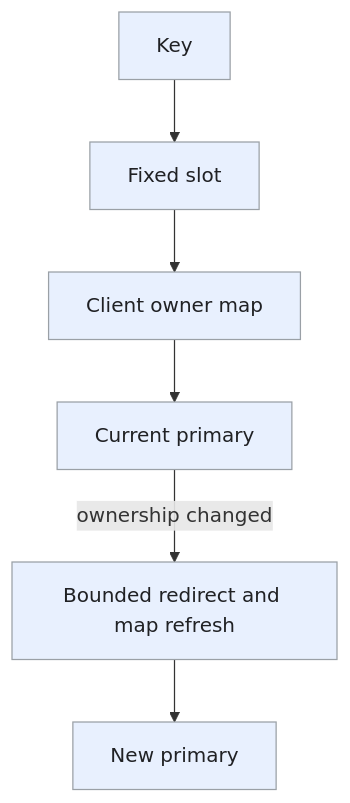
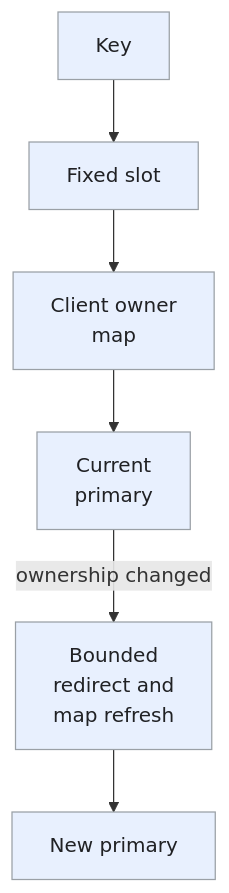
The fourth of 6 diagrams in _designs/system-design-distributed-cache.md (iliazlobin/iliazlobin.github.io), drawn with Mermaid before and after one commit. The commit also changed other lines of this file and 116 other files, not shown here.

````diff
--- a/_designs/system-design-distributed-cache.md
+++ b/_designs/system-design-distributed-cache.md
@@ -203,12 +243,12 @@
 ```mermaid
 flowchart TB
     K["Key"] --> H["Fixed slot"]
-    H --> M["Client owner map"]
-    M --> P["Current primary"]
-    P -->|ownership changed| R["Bounded redirect and map refresh"]
+    H --> M["Client owner<br>map"]
+    M --> P["Current<br>primary"]
+    P -->|ownership changed| R["Bounded<br>redirect and<br>map refresh"]
     R --> N["New primary"]
   classDef request fill:#e8f0fe,stroke:#9aa0a6,color:#202124,stroke-width:1px
   classDef background fill:#e6f4ea,stroke:#9aa0a6,color:#202124,stroke-width:1px
   classDef control fill:#fef7e0,stroke:#9aa0a6,color:#202124,stroke-width:1px
   class K,H,M,P,R,N request
 ```
````
